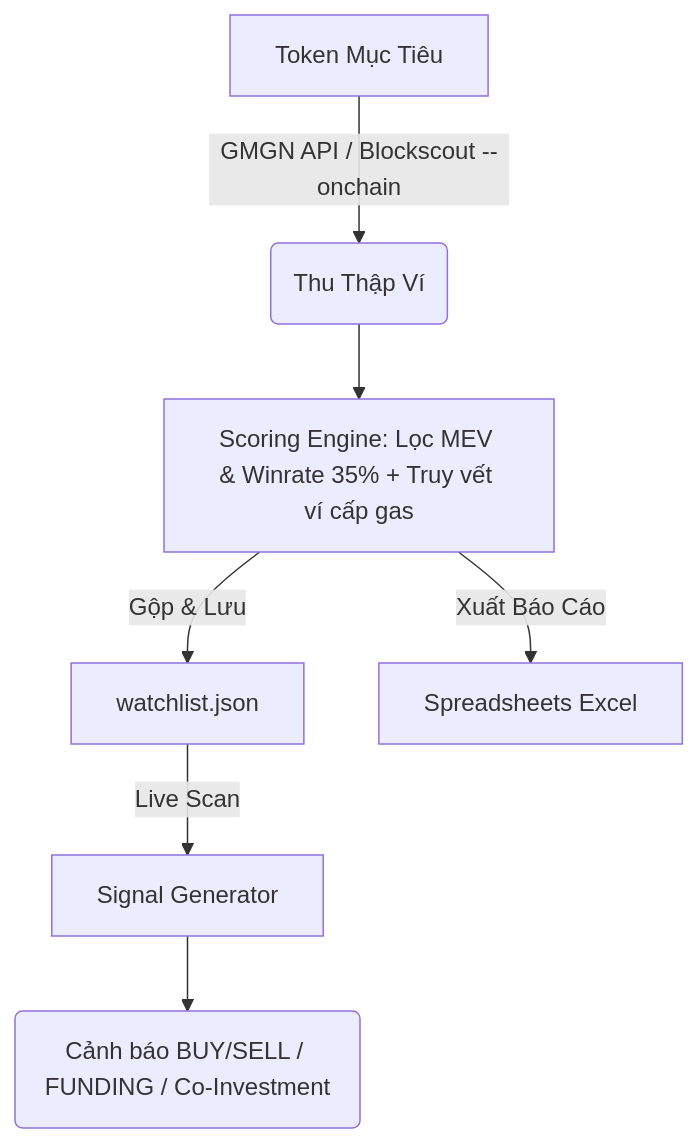
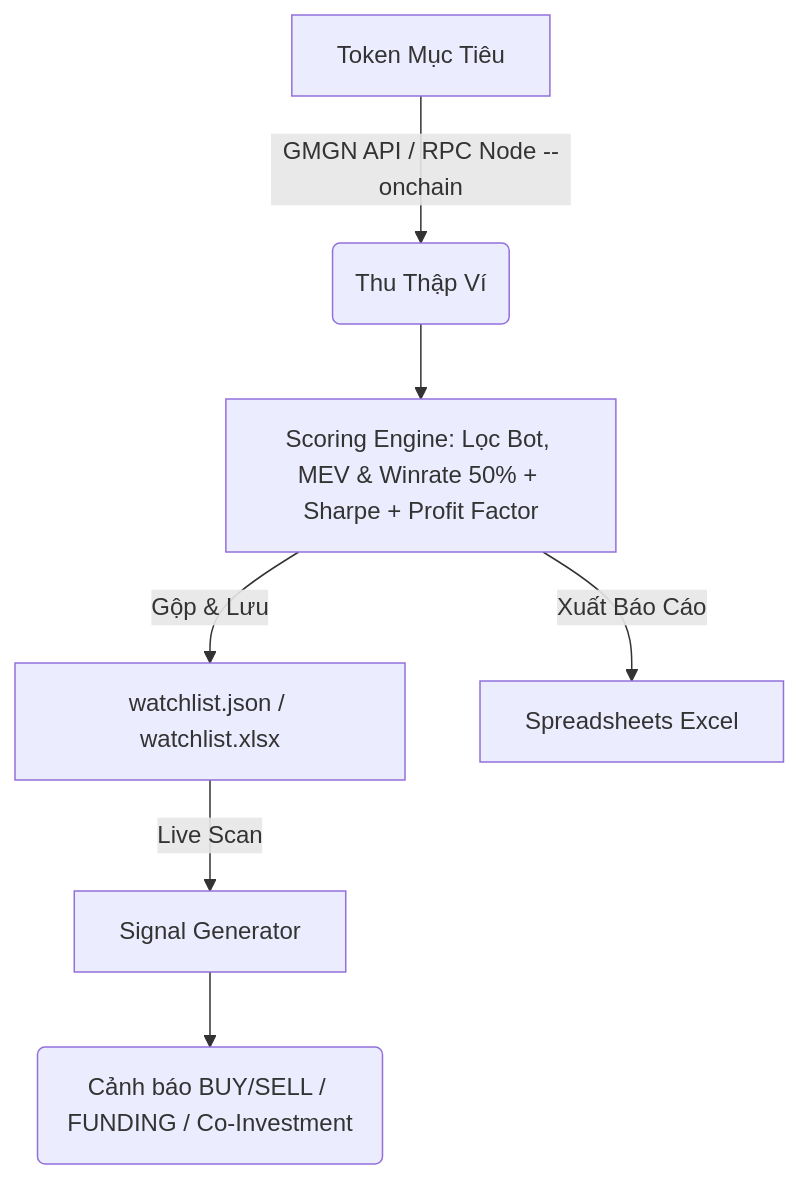
Before and after one commit to hieumile/rh-wallet-tracker-bot: the diagram in README.md, drawn with Mermaid. The commit also changed other lines of this file and 8 other files, not shown here.

````diff
--- a/README.md
+++ b/README.md
@@ -15,9 +15,9 @@
 ```mermaid
 graph TD
-    A[Token Mục Tiêu] -->|GMGN API / Blockscout --onchain| B(Thu Thập Ví)
-    B --> C[Scoring Engine: Lọc MEV & Winrate 35% + Truy vết ví cấp gas]
-    C -->|Gộp & Lưu| D[watchlist.json]
+    A[Token Mục Tiêu] -->|GMGN API / RPC Node --onchain| B(Thu Thập Ví)
+    B --> C[Scoring Engine: Lọc Bot, MEV & Winrate 50% + Sharpe + Profit Factor]
+    C -->|Gộp & Lưu| D[watchlist.json / watchlist.xlsx]
     C -->|Xuất Báo Cáo| E[Spreadsheets Excel]
     D -->|Live Scan| F[Signal Generator]
     F --> G(Cảnh báo BUY/SELL / FUNDING / Co-Investment)
 ```
````
